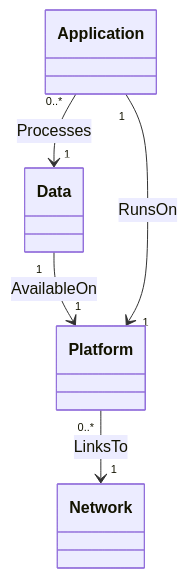
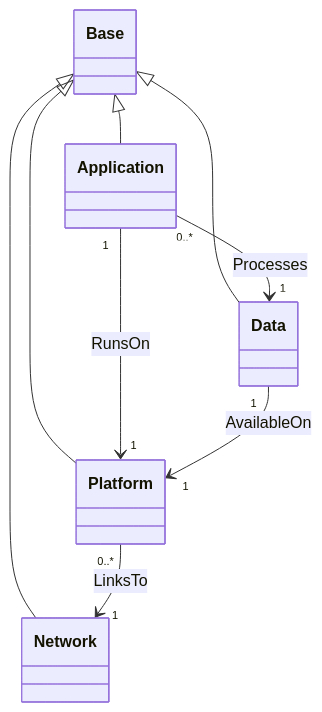
Before and after one commit to oasis-open/tosca-community-contributions: the diagram in profiles/community/tosca/base/README.md, drawn with Mermaid. The commit also changed other lines of this file and 3 other files, not shown here.

````diff
--- a/profiles/community/tosca/base/README.md
+++ b/profiles/community/tosca/base/README.md
@@ -13,11 +13,11 @@
 ```mermaid
 classDiagram
-    class Platform
-    class Application
-    class Data
-    class Network
+    Base <|-- Data
+    Base <|-- Application
+    Base <|-- Network
+    Base <|-- Platform
+    Application "0..*" --> "1" Data:Processes
+    Application "1" --> "1" Platform:RunsOn
     Platform "0..*" --> "1" Network:LinksTo
     Data "1" --> "1" Platform:AvailableOn
-    Application "1" --> "1" Platform:RunsOn
-    Application "0..*" --> "1" Data:Processes
 ```
````
